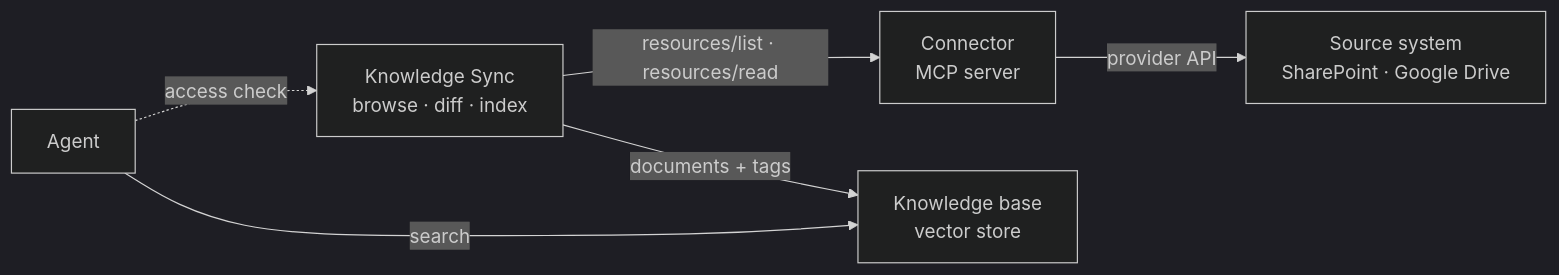
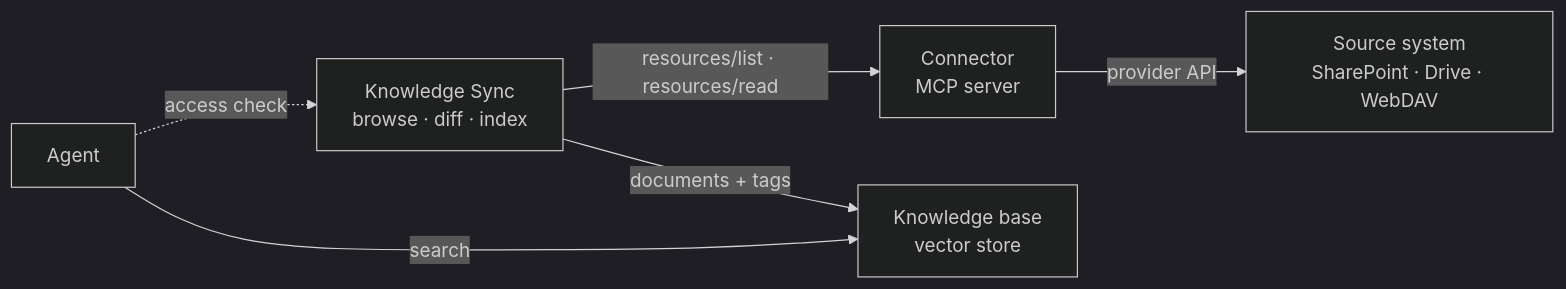
One commit to prismeai/docs changed the diagram in products/ai-knowledge/connectors.mdx. Above: the diagram before and after it, drawn with Mermaid (dark theme). The commit also changed other lines of this file and 4 other files, not shown here.

````diff
--- a/products/ai-knowledge/connectors.mdx
+++ b/products/ai-knowledge/connectors.mdx
@@ -237,14 +539,14 @@
 ```mermaid
 flowchart LR
-  Source["Source system<br/>SharePoint · Google Drive"]
+  Source["Source system<br/>SharePoint · Drive · WebDAV"]
   Connector["Connector<br/>MCP server"]
   Sync["Knowledge Sync<br/>browse · diff · index"]
   KB["Knowledge base<br/>vector store"]
   Agent["Agent"]
 
   Sync -->|"resources/list · resources/read"| Connector
   Connector -->|"provider API"| Source
   Sync -->|"documents + tags"| KB
   Agent -->|"search"| KB
   Agent -.->|"access check"| Sync
 ```
````
